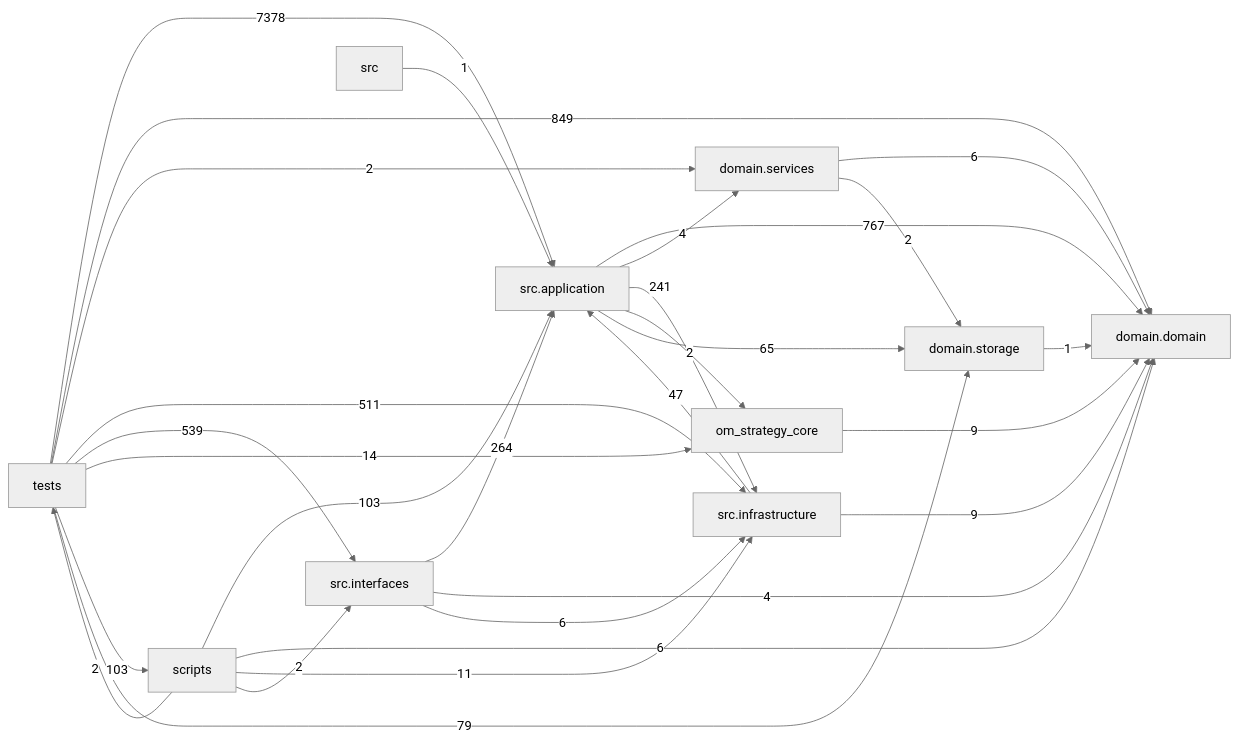
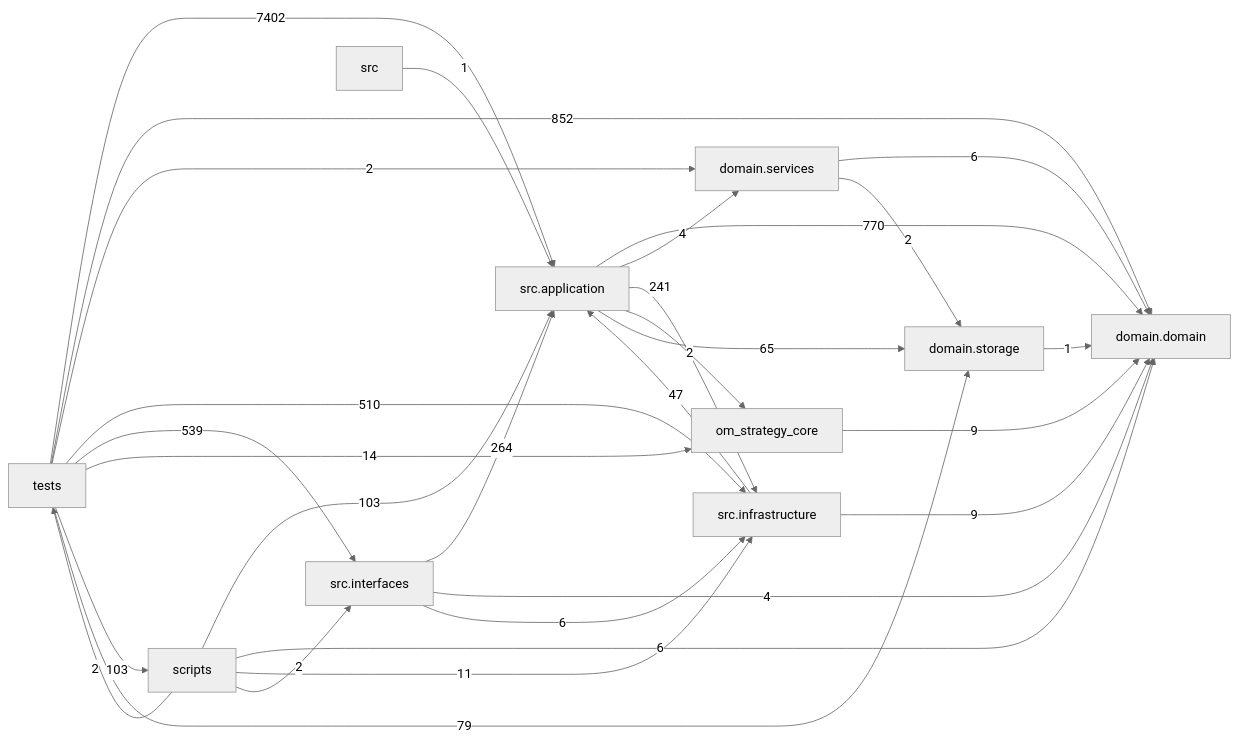
The diagram in docs/DEPENDENCY_GRAPH.md (liuxie066/options-monitor), drawn with Mermaid (neutral theme) before and after one commit. The commit also changed other lines of this file and 24 other files, not shown here.

````diff
--- a/docs/DEPENDENCY_GRAPH.md
+++ b/docs/DEPENDENCY_GRAPH.md
@@ -24,39 +24,39 @@
 ```mermaid
 flowchart LR
   tests["tests"]
   scripts["scripts"]
   interfaces["src.interfaces"]
   application["src.application"]
   infrastructure["src.infrastructure"]
   domain_services["domain.services"]
   domain["domain.domain"]
   storage["domain.storage"]
-  application -->|767| domain
+  application -->|770| domain
   application -->|4| domain_services
   application -->|241| infrastructure
   application -->|2| om_strategy_core
   application -->|65| storage
   domain_services -->|6| domain
   domain_services -->|2| storage
   infrastructure -->|47| application
   infrastructure -->|9| domain
   interfaces -->|264| application
   interfaces -->|4| domain
   interfaces -->|6| infrastructure
   om_strategy_core -->|9| domain
   scripts -->|103| application
   scripts -->|6| domain
   scripts -->|11| infrastructure
   scripts -->|2| interfaces
   scripts -->|2| tests
   src -->|1| application
   storage -->|1| domain
-  tests -->|7378| application
-  tests -->|849| domain
+  tests -->|7402| application
+  tests -->|852| domain
   tests -->|2| domain_services
-  tests -->|511| infrastructure
+  tests -->|510| infrastructure
   tests -->|539| interfaces
   tests -->|14| om_strategy_core
   tests -->|103| scripts
   tests -->|79| storage
 ```
````
